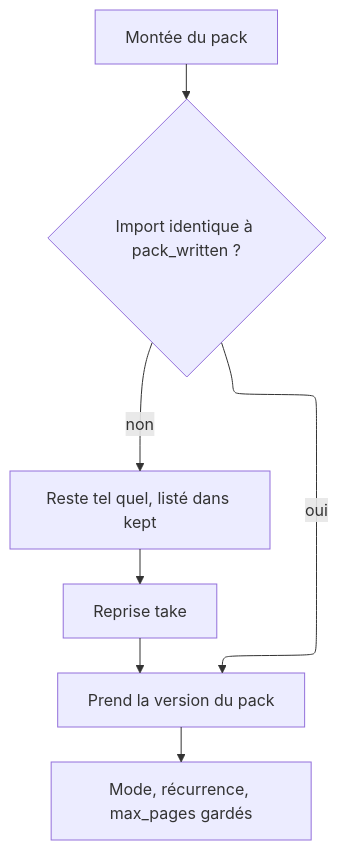
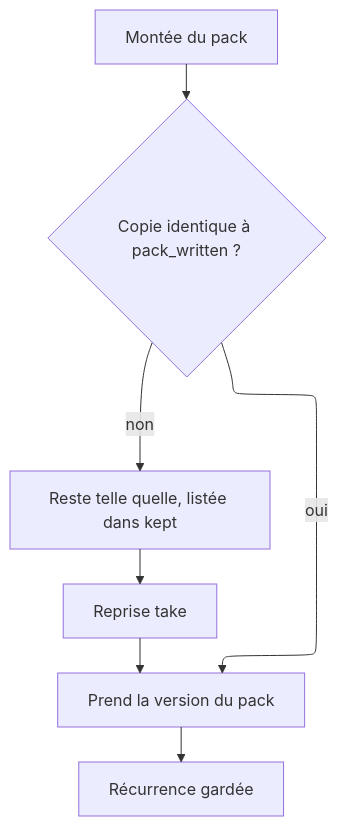
Before and after one commit to Pnex/pnex-rs: the fourth of 13 diagrams in docs/architecture/partners.md, drawn with Mermaid. The commit also changed other lines of this file and 66 other files, not shown here.

````diff
--- a/docs/architecture/partners.md
+++ b/docs/architecture/partners.md
@@ -128,13 +125,13 @@
 ```mermaid
 ---
 config:
   layout: elk
 ---
 flowchart TD
-  up[Montée du pack] --> q{Import identique à pack_written ?}
+  up[Montée du pack] --> q{Copie identique à pack_written ?}
   q -- oui --> new[Prend la version du pack]
-  q -- non --> kept[Reste tel quel, listé dans kept]
+  q -- non --> kept[Reste telle quelle, listée dans kept]
   kept --> take[Reprise take]
   take --> new
-  new --> keep[Mode, récurrence, max_pages gardés]
+  new --> keep[Récurrence gardée]
 ```
````
